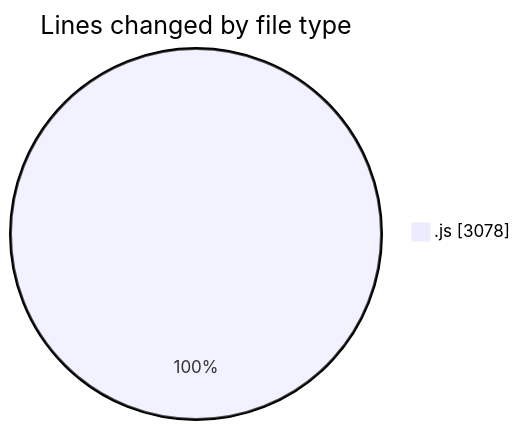
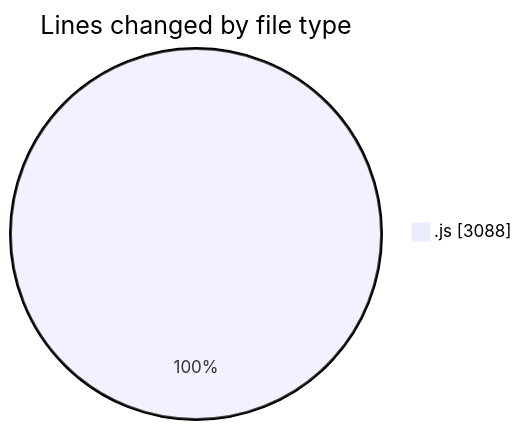
Before and after one commit to nxtqubesakshisongat/code-tracking: the first of 2 diagrams in 2025-09-08/cashcalculator/README.md, drawn with Mermaid. The commit also changed other lines of this file and 1 other file, not shown here.

````diff
--- a/2025-09-08/cashcalculator/README.md
+++ b/2025-09-08/cashcalculator/README.md
@@ -20,5 +20,5 @@
 ```mermaid
 pie showData
 title Lines changed by file type
-".js" : 3078
+".js" : 3088
 ```
````
